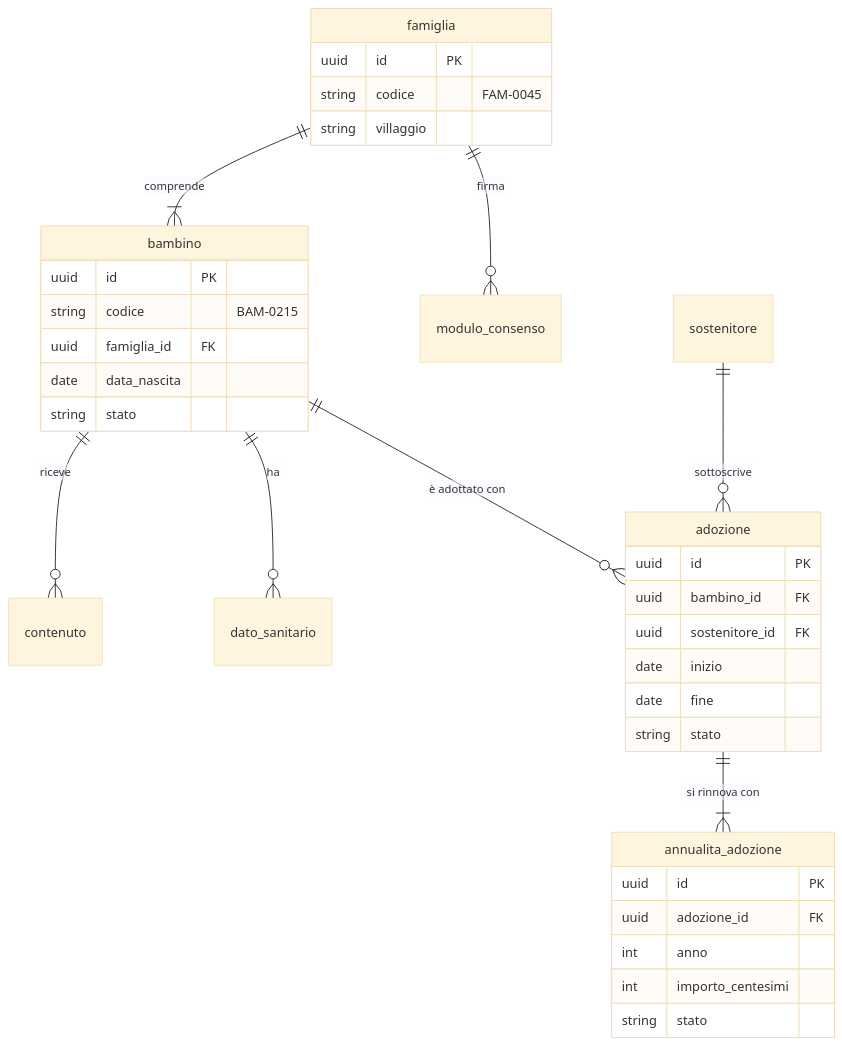
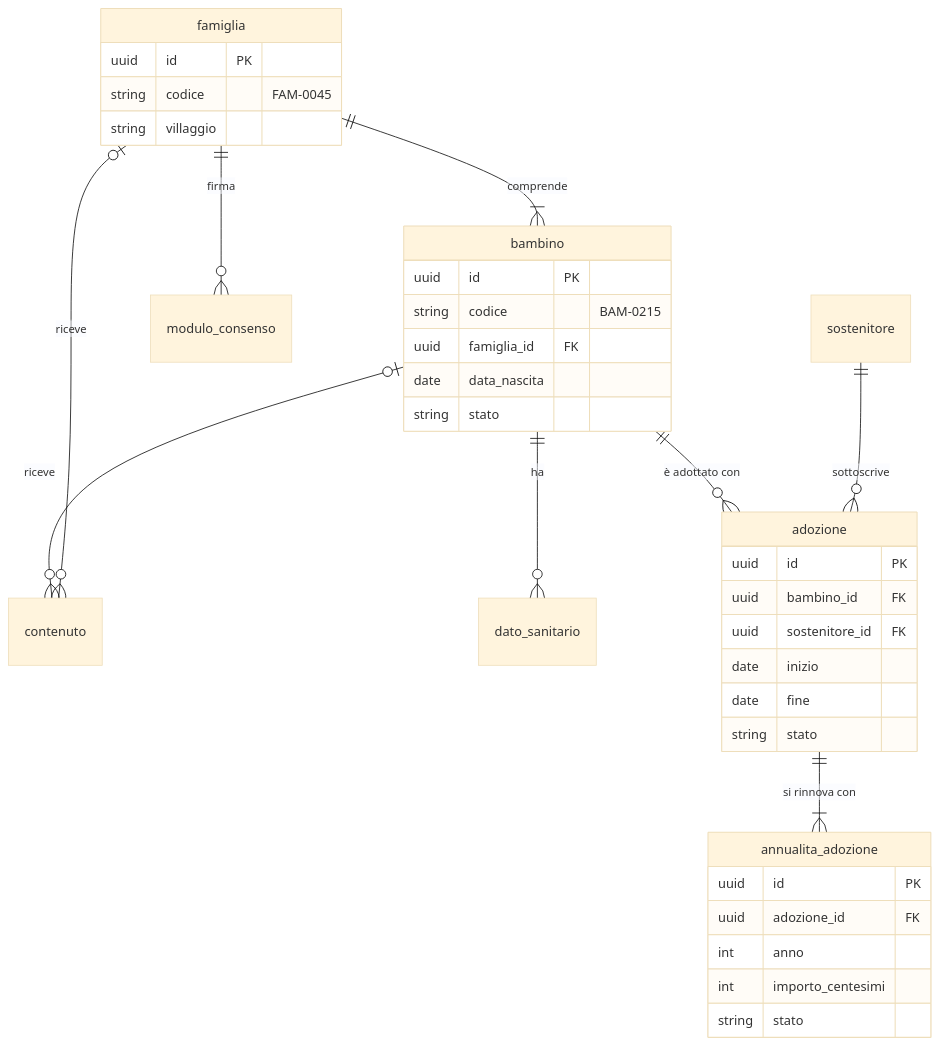
The third of 5 diagrams in docs/PRD.md (pimpy67/Gestionale-Effat---Piattaforma-Sostenitori-e-Automazione-Contabile), drawn with Mermaid (base theme) before and after one commit. The commit also changed other lines of this file and 2 other files, not shown here.

Commit message:
update: modello dei dati completato, contenuti di bambino o famiglia, prove con foto, credito solidale esportato all'utilizzo (PRD v2.3)

````diff
--- a/docs/PRD.md
+++ b/docs/PRD.md
@@ -1441,37 +1460,38 @@
 ```mermaid
 erDiagram
   famiglia ||--|{ bambino : comprende
   famiglia ||--o{ modulo_consenso : firma
-  bambino ||--o{ contenuto : riceve
+  bambino |o--o{ contenuto : riceve
+  famiglia |o--o{ contenuto : riceve
   bambino ||--o{ dato_sanitario : ha
   bambino ||--o{ adozione : "è adottato con"
   sostenitore ||--o{ adozione : sottoscrive
   adozione ||--|{ annualita_adozione : "si rinnova con"
   famiglia {
     uuid id PK
     string codice "FAM-0045"
     string villaggio
   }
   bambino {
     uuid id PK
     string codice "BAM-0215"
     uuid famiglia_id FK
     date data_nascita
     string stato
   }
   adozione {
     uuid id PK
     uuid bambino_id FK
     uuid sostenitore_id FK
     date inizio
     date fine
     string stato
   }
   annualita_adozione {
     uuid id PK
     uuid adozione_id FK
     int anno
     int importo_centesimi
     string stato
   }
 ```
````
